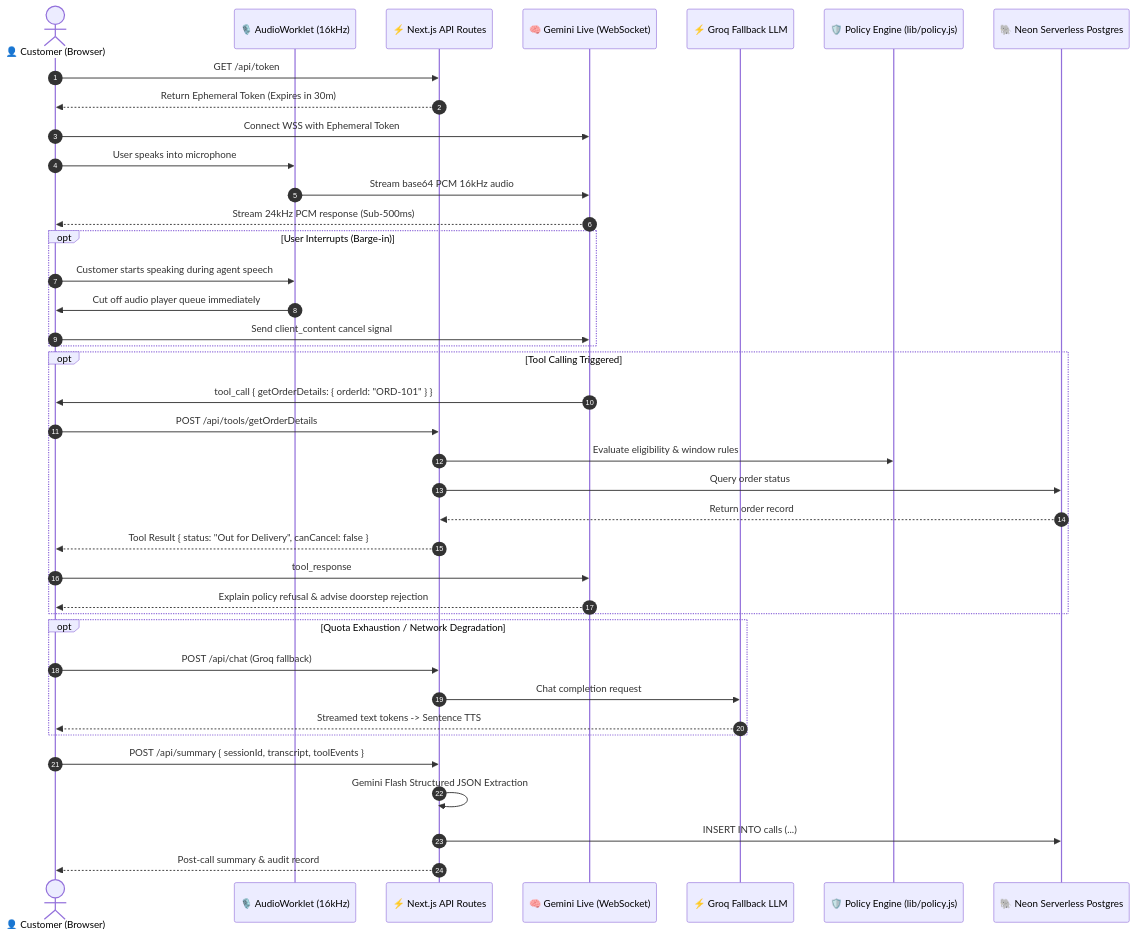
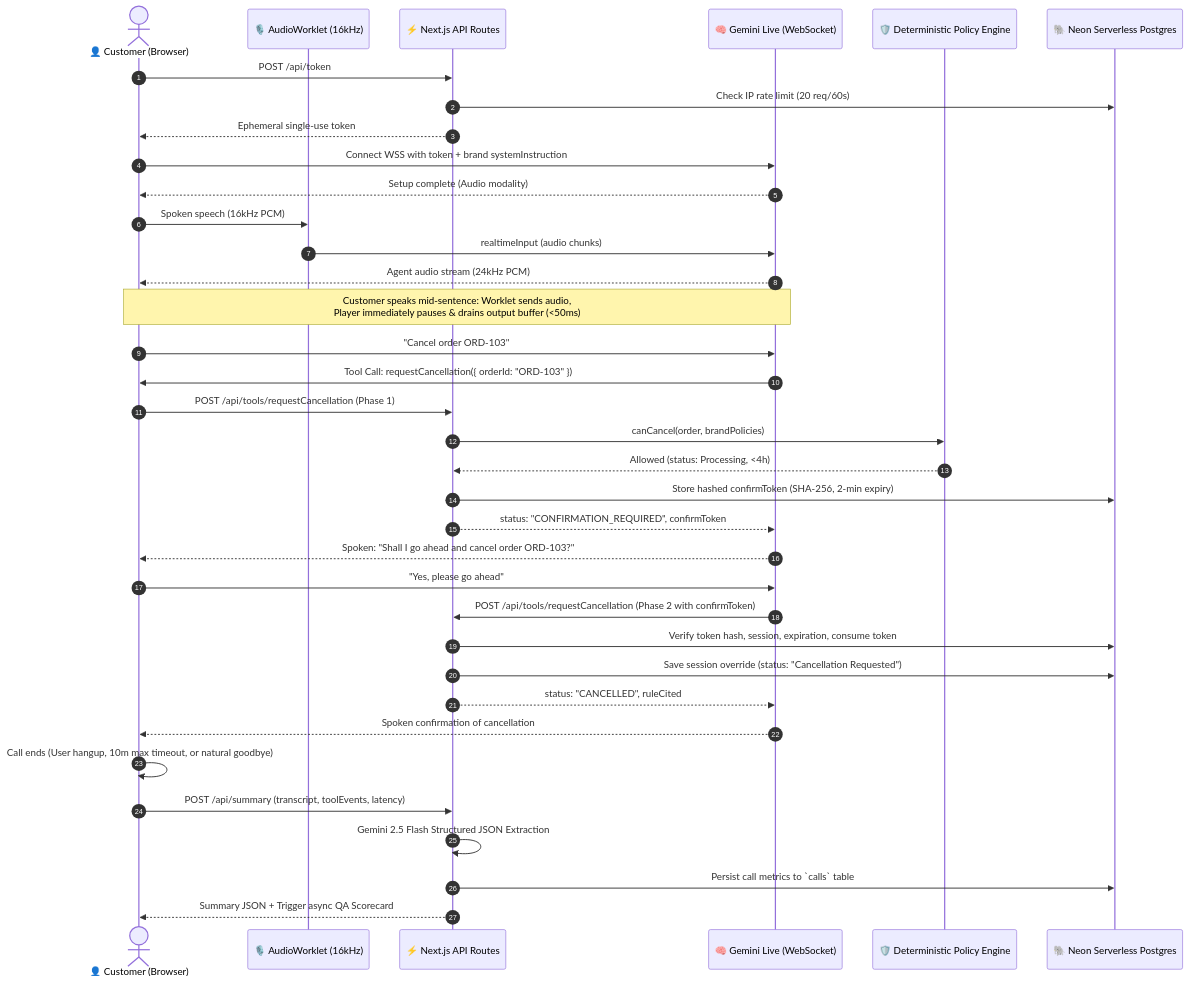
Before and after one commit to x-anish-y/Aria: the diagram in README.md, drawn with Mermaid. The commit also changed other lines of this file and 48 other files, not shown here.

Commit message:
feat: complete production multimodal voice agent (P0-P18), documentation, and eval suite

````diff
--- a/README.md
+++ b/README.md
@@ -89,53 +69,46 @@
 ```mermaid
 sequenceDiagram
     autonumber
     actor Customer as 👤 Customer (Browser)
     participant Worklet as 🎙️ AudioWorklet (16kHz)
-    participant NextServer as ⚡ Next.js API Routes
+    participant NextAPI as ⚡ Next.js API Routes
     participant GeminiLive as 🧠 Gemini Live (WebSocket)
-    participant GroqLLM as ⚡ Groq Fallback LLM
-    participant Policy as 🛡️ Policy Engine (lib/policy.js)
-    participant NeonDB as 🐘 Neon Serverless Postgres
+    participant Policy as 🛡️ Deterministic Policy Engine
+    participant DB as 🐘 Neon Serverless Postgres
 
-    %% Initialization
-    Customer->>NextServer: GET /api/token
-    NextServer-->>Customer: Return Ephemeral Token (Expires in 30m)
-    Customer->>GeminiLive: Connect WSS with Ephemeral Token
+    %% Connection
+    Customer->>NextAPI: POST /api/token
+    NextAPI->>DB: Check IP rate limit (20 req/60s)
+    NextAPI-->>Customer: Ephemeral single-use token
+    Customer->>GeminiLive: Connect WSS with token + brand systemInstruction
+    GeminiLive-->>Customer: Setup complete (Audio modality)
 
-    %% Voice Interaction Loop
-    Customer->>Worklet: User speaks into microphone
-    Worklet->>GeminiLive: Stream base64 PCM 16kHz audio
-    GeminiLive-->>Customer: Stream 24kHz PCM response (Sub-500ms)
+    %% Live Voice Streaming & Barge-in
+    Customer->>Worklet: Spoken speech (16kHz PCM)
+    Worklet->>GeminiLive: realtimeInput (audio chunks)
+    GeminiLive-->>Customer: Agent audio stream (24kHz PCM)
+    Note over Customer,GeminiLive: Customer speaks mid-sentence: Worklet sends audio,<br/>Player immediately pauses & drains output buffer (<50ms)
 
-    %% Barge-in Trigger
-    opt User Interrupts (Barge-in)
-        Customer->>Worklet: Customer starts speaking during agent speech
-        Worklet->>Customer: Cut off audio player queue immediately
-        Customer->>GeminiLive: Send client_content cancel signal
-    end
+    %% Tool Calling & Two-Phase Mutation
+    Customer->>GeminiLive: "Cancel order ORD-103"
+    GeminiLive->>Customer: Tool Call: requestCancellation({ orderId: "ORD-103" })
+    Customer->>NextAPI: POST /api/tools/requestCancellation (Phase 1)
+    NextAPI->>Policy: canCancel(order, brandPolicies)
+    Policy-->>NextAPI: Allowed (status: Processing, <4h)
+    NextAPI->>DB: Store hashed confirmToken (SHA-256, 2-min expiry)
+    NextAPI-->>GeminiLive: status: "CONFIRMATION_REQUIRED", confirmToken
+    GeminiLive-->>Customer: Spoken: "Shall I go ahead and cancel order ORD-103?"
+    Customer->>GeminiLive: "Yes, please go ahead"
+    GeminiLive->>NextAPI: POST /api/tools/requestCancellation (Phase 2 with confirmToken)
+    NextAPI->>DB: Verify token hash, session, expiration, consume token
+    NextAPI->>DB: Save session override (status: "Cancellation Requested")
+    NextAPI-->>GeminiLive: status: "CANCELLED", ruleCited
+    GeminiLive-->>Customer: Spoken confirmation of cancellation
 
-    %% Autonomous Tool Execution
-    opt Tool Calling Triggered
-        GeminiLive->>Customer: tool_call { getOrderDetails: { orderId: "ORD-101" } }
-        Customer->>NextServer: POST /api/tools/getOrderDetails
-        NextServer->>Policy: Evaluate eligibility & window rules
-        NextServer->>NeonDB: Query order status
-        NeonDB-->>NextServer: Return order record
-        NextServer-->>Customer: Tool Result { status: "Out for Delivery", canCancel: false }
-        Customer->>GeminiLive: tool_response
-        GeminiLive-->>Customer: Explain policy refusal & advise doorstep rejection
-    end
-
-    %% Fallback Path
-    opt Quota Exhaustion / Network Degradation
-        Customer->>NextServer: POST /api/chat (Groq fallback)
-        NextServer->>GroqLLM: Chat completion request
-        GroqLLM-->>Customer: Streamed text tokens -> Sentence TTS
-    end
-
-    %% Call Teardown
-    Customer->>NextServer: POST /api/summary { sessionId, transcript, toolEvents }
-    NextServer->>NextServer: Gemini Flash Structured JSON Extraction
-    NextServer->>NeonDB: INSERT INTO calls (...)
-    NextServer-->>Customer: Post-call summary & audit record
+    %% Post-Call Pipeline
+    Customer->>Customer: Call ends (User hangup, 10m max timeout, or natural goodbye)
+    Customer->>NextAPI: POST /api/summary (transcript, toolEvents, latency)
+    NextAPI->>NextAPI: Gemini 2.5 Flash Structured JSON Extraction
+    NextAPI->>DB: Persist call metrics to `calls` table
+    NextAPI-->>Customer: Summary JSON + Trigger async QA Scorecard
 ```
````
